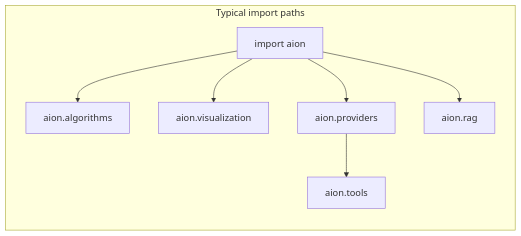
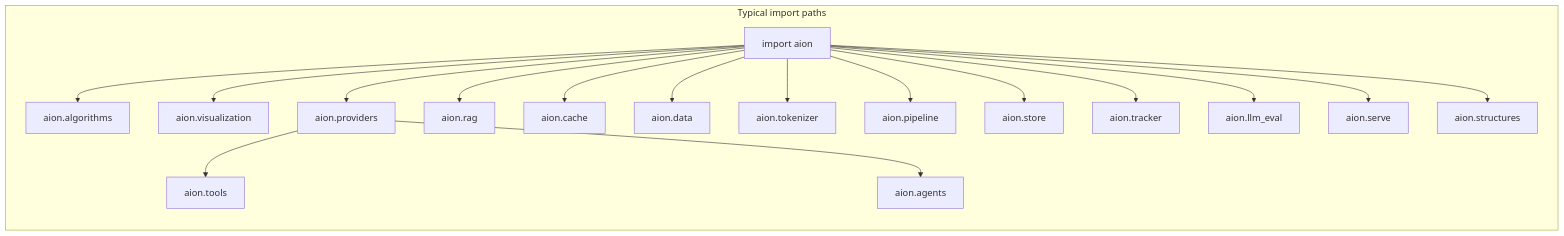
Before and after one commit to Aqwel-AI/Aion: the second of 4 diagrams in README.md, drawn with Mermaid. The commit also changed other lines of this file and 59 other files, not shown here.

````diff
--- a/README.md
+++ b/README.md
@@ -112,16 +180,36 @@
 ```mermaid
 flowchart LR
   subgraph importSurface [Typical import paths]
     A["import aion"]
     B["aion.algorithms"]
     C["aion.visualization"]
     D["aion.providers"]
     E["aion.tools"]
     F["aion.rag"]
+    G["aion.agents"]
+    H["aion.cache"]
+    I["aion.data"]
+    J["aion.tokenizer"]
+    K["aion.pipeline"]
+    L["aion.store"]
+    M["aion.tracker"]
+    N["aion.llm_eval"]
+    O["aion.serve"]
+    P["aion.structures"]
   end
   A --> B
   A --> C
   A --> D
   D --> E
   A --> F
+  D --> G
+  A --> H
+  A --> I
+  A --> J
+  A --> K
+  A --> L
+  A --> M
+  A --> N
+  A --> O
+  A --> P
 ```
````
